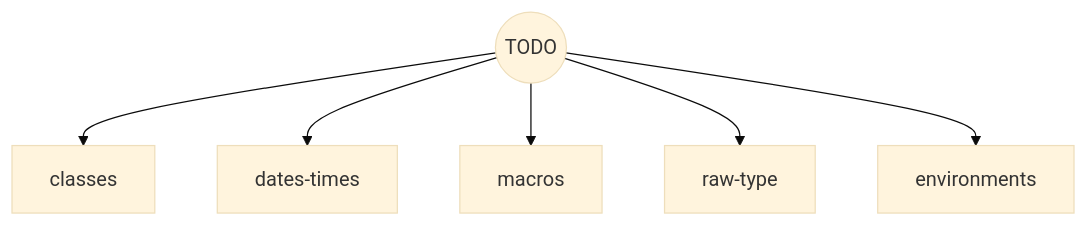
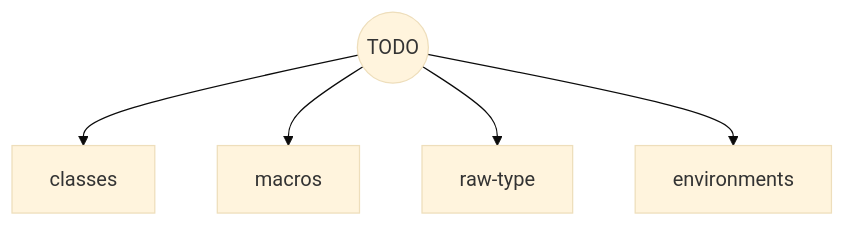
One commit to colinleach/learning-track-doodles changed the second of 2 diagrams in r/flowchart.md. Above: the diagram before and after it, drawn with Mermaid (base theme). The commit also changed other lines of this file and 4 other files, not shown here.

````diff
--- a/r/flowchart.md
+++ b/r/flowchart.md
@@ -85,9 +85,8 @@
 ```mermaid
 graph TD
     
 todo(("TODO")) --> classes
-todo --> dates-times
 todo --> macros
 todo --> raw-type
 todo --> environments
 ```
````
